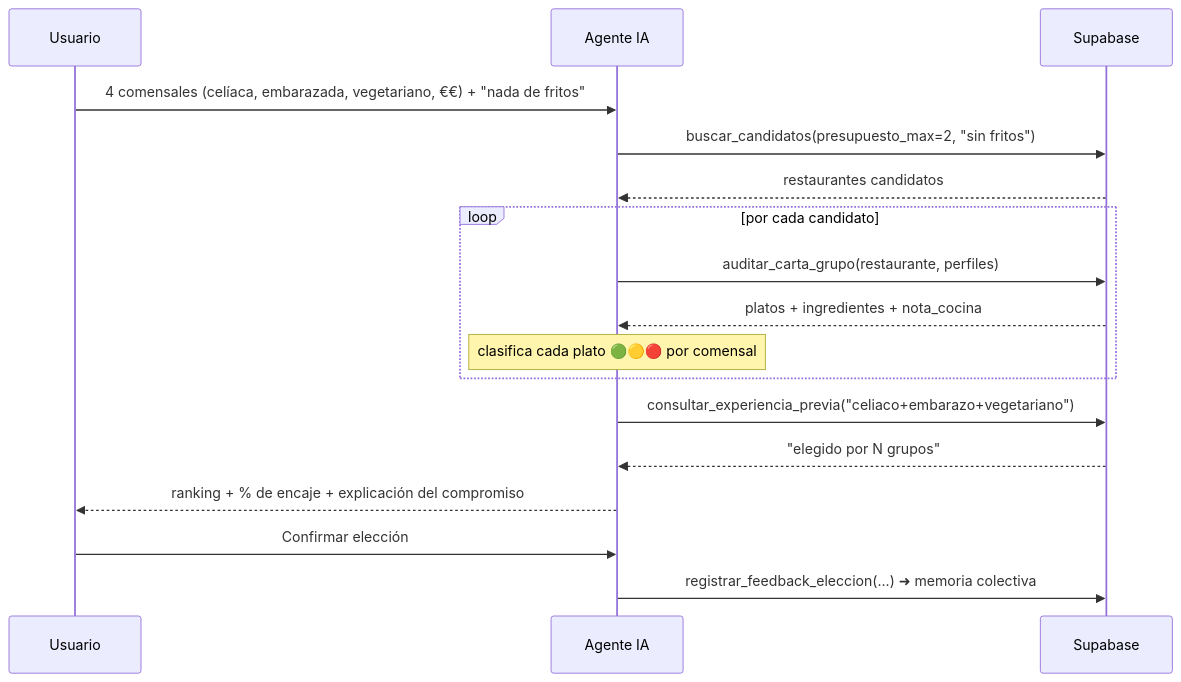
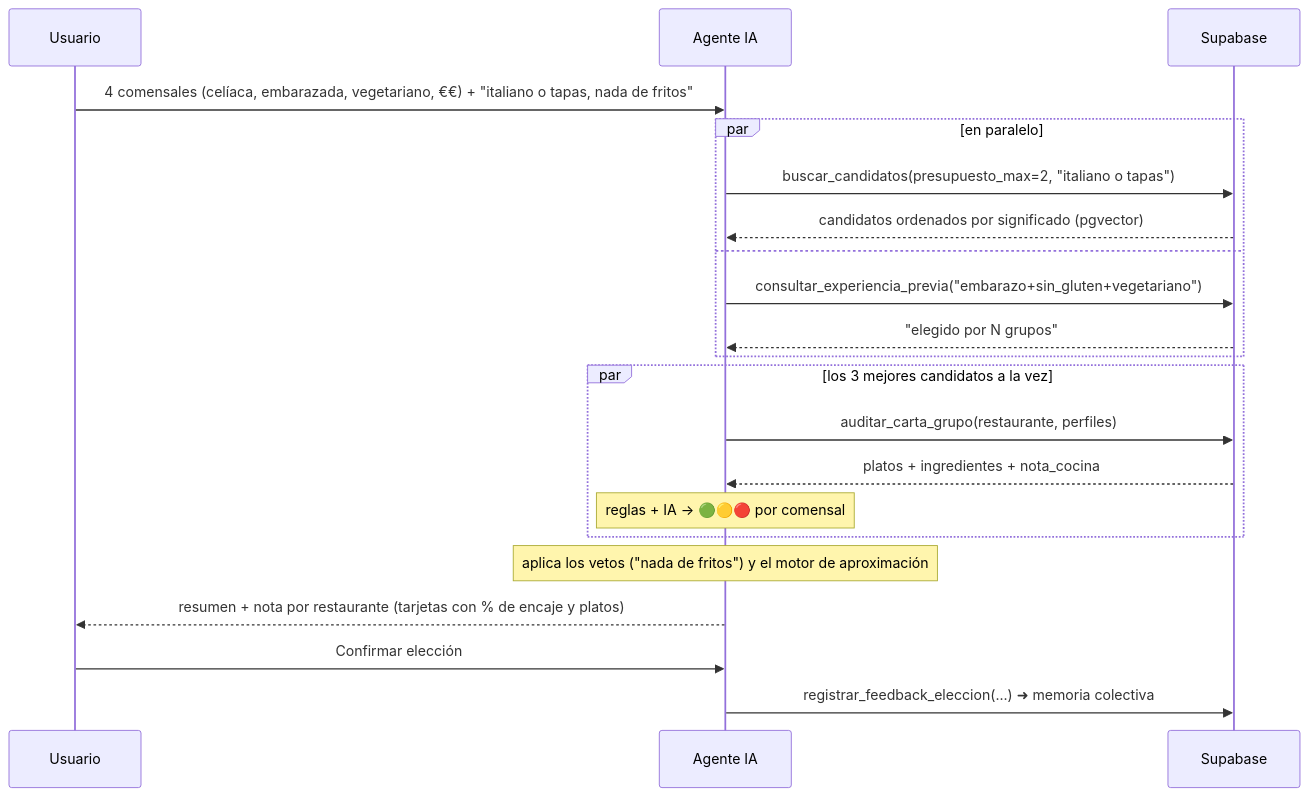
Before and after one commit to SergioBrPerez/AWS-Hackathon: the second of 3 diagrams in README.md, drawn with Mermaid. The commit also changed other lines of this file and 8 other files, not shown here.

````diff
--- a/README.md
+++ b/README.md
@@ -72,19 +77,23 @@
 ```mermaid
 sequenceDiagram
     participant U as Usuario
     participant A as Agente IA
     participant DB as Supabase
-    U->>A: 4 comensales (celíaca, embarazada, vegetariano, €€) + "nada de fritos"
-    A->>DB: buscar_candidatos(presupuesto_max=2, "sin fritos")
-    DB-->>A: restaurantes candidatos
-    loop por cada candidato
+    U->>A: 4 comensales (celíaca, embarazada, vegetariano, €€) + "italiano o tapas, nada de fritos"
+    par en paralelo
+        A->>DB: buscar_candidatos(presupuesto_max=2, "italiano o tapas")
+        DB-->>A: candidatos ordenados por significado (pgvector)
+    and
+        A->>DB: consultar_experiencia_previa("embarazo+sin_gluten+vegetariano")
+        DB-->>A: "elegido por N grupos"
+    end
+    par los 3 mejores candidatos a la vez
         A->>DB: auditar_carta_grupo(restaurante, perfiles)
         DB-->>A: platos + ingredientes + nota_cocina
-        Note over A: clasifica cada plato 🟢🟡🔴 por comensal
+        Note over A: reglas + IA → 🟢🟡🔴 por comensal
     end
-    A->>DB: consultar_experiencia_previa("celiaco+embarazo+vegetariano")
-    DB-->>A: "elegido por N grupos"
-    A-->>U: ranking + % de encaje + explicación del compromiso
+    Note over A: aplica los vetos ("nada de fritos") y el motor de aproximación
+    A-->>U: resumen + nota por restaurante (tarjetas con % de encaje y platos)
     U->>A: Confirmar elección
     A->>DB: registrar_feedback_eleccion(...)  ➜ memoria colectiva
 ```
````
